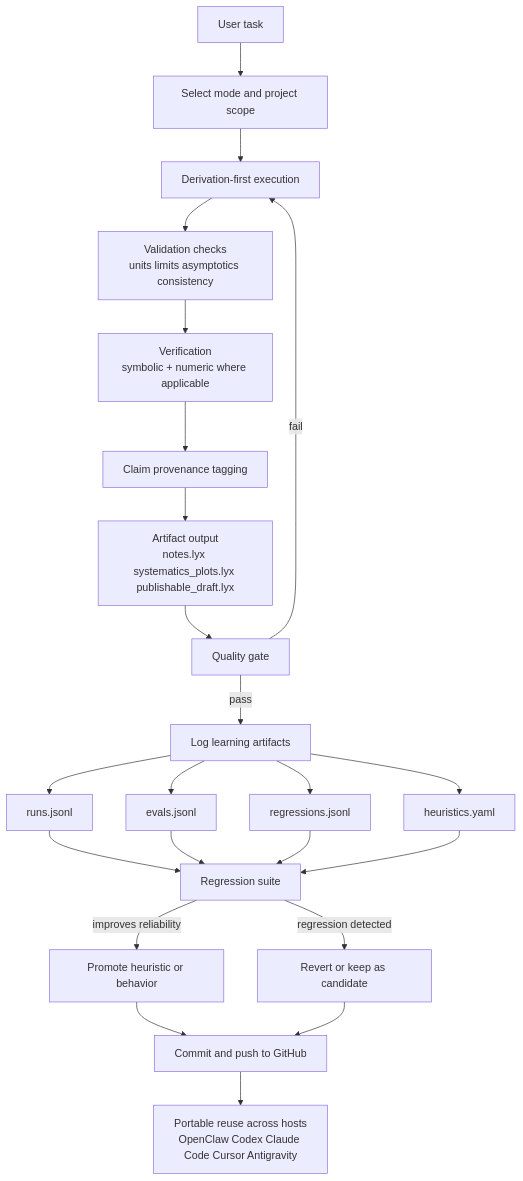
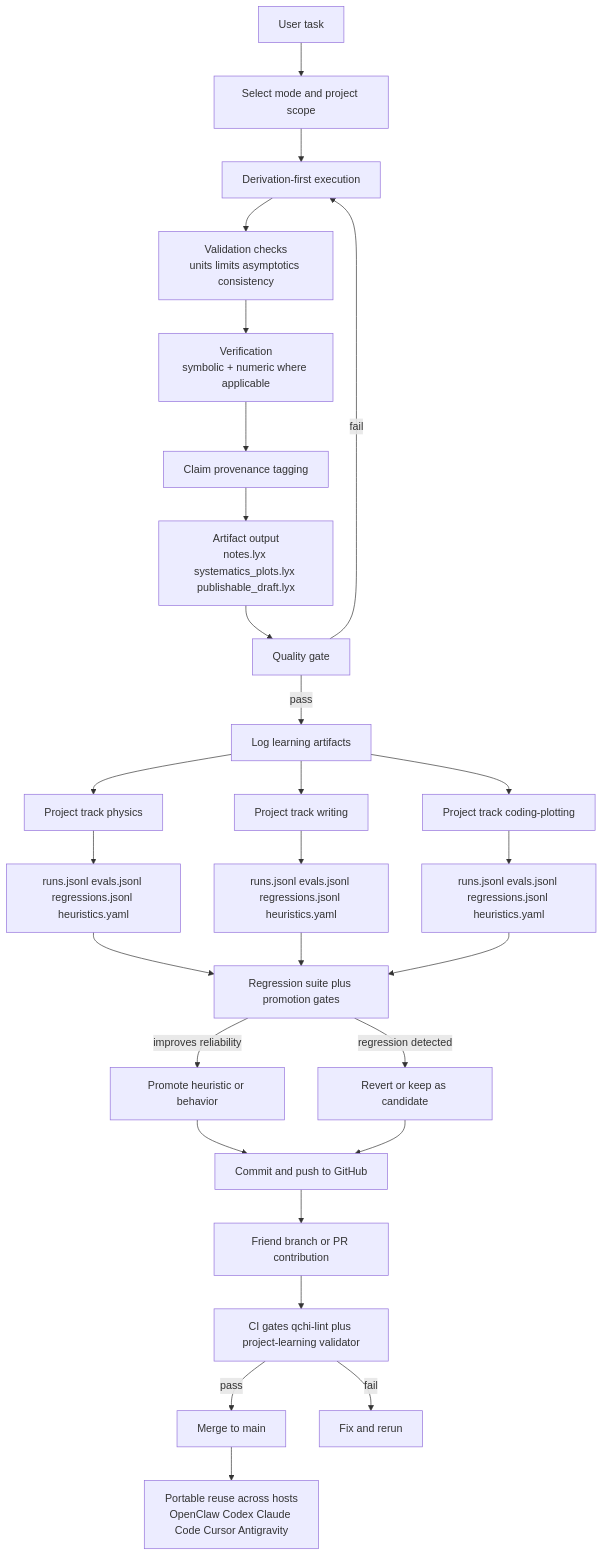
Before and after one commit to qchi2023/QCHI: the diagram in README.md, drawn with Mermaid.

Commit message:
Update README flowchart for project tracks and collaboration PR flow

````diff
--- a/README.md
+++ b/README.md
@@ -21,30 +21,37 @@
 ```mermaid
 flowchart TD
     A[User task] --> B[Select mode and project scope]
     B --> C[Derivation-first execution]
     C --> D[Validation checks<br/>units limits asymptotics consistency]
     D --> E[Verification<br/>symbolic + numeric where applicable]
     E --> F[Claim provenance tagging]
     F --> G[Artifact output<br/>notes.lyx systematics_plots.lyx publishable_draft.lyx]
     G --> H[Quality gate]
     H -->|pass| I[Log learning artifacts]
     H -->|fail| C
 
-    I --> I1[runs.jsonl]
-    I --> I2[evals.jsonl]
-    I --> I3[regressions.jsonl]
-    I --> I4[heuristics.yaml]
+    I --> P1[Project track physics]
+    I --> P2[Project track writing]
+    I --> P3[Project track coding-plotting]
 
-    I1 --> J[Regression suite]
+    P1 --> I1[runs.jsonl evals.jsonl regressions.jsonl heuristics.yaml]
+    P2 --> I2[runs.jsonl evals.jsonl regressions.jsonl heuristics.yaml]
+    P3 --> I3[runs.jsonl evals.jsonl regressions.jsonl heuristics.yaml]
+
+    I1 --> J[Regression suite plus promotion gates]
     I2 --> J
     I3 --> J
-    I4 --> J
 
     J -->|improves reliability| K[Promote heuristic or behavior]
     J -->|regression detected| L[Revert or keep as candidate]
 
     K --> M[Commit and push to GitHub]
     L --> M
 
-    M --> N[Portable reuse across hosts<br/>OpenClaw Codex Claude Code Cursor Antigravity]
+    M --> R[Friend branch or PR contribution]
+    R --> S[CI gates qchi-lint plus project-learning validator]
+    S -->|pass| T[Merge to main]
+    S -->|fail| U[Fix and rerun]
+
+    T --> N[Portable reuse across hosts<br/>OpenClaw Codex Claude Code Cursor Antigravity]
 ```
````
